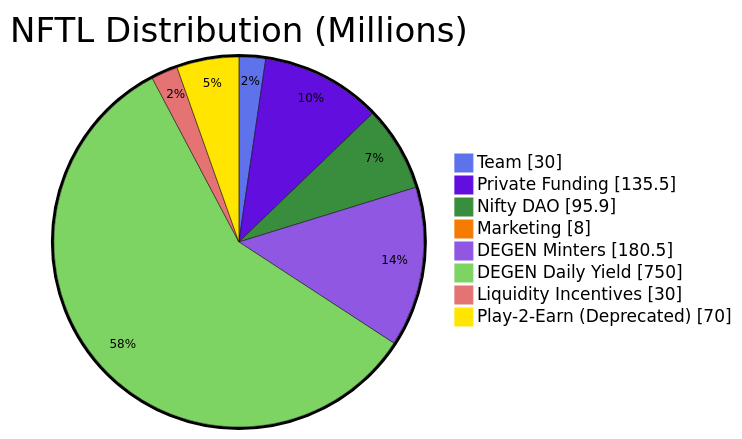
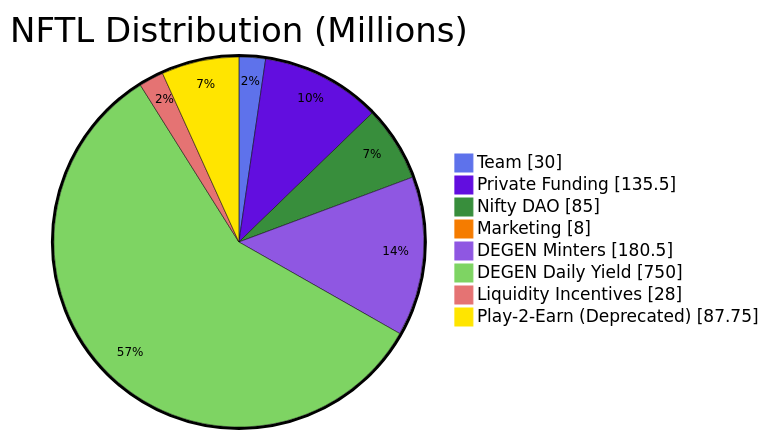
Before and after one commit to NiftyLeague/nifty-fe-monorepo: the diagram in apps/docs/docs/overview/nifty-dao/nftl/supply.md, drawn with Mermaid. The commit also changed other lines of this file and 63 other files, not shown here.

Commit message:
Remove old BalanceManager flow and prune code

````diff
--- a/apps/docs/docs/overview/nifty-dao/nftl/supply.md
+++ b/apps/docs/docs/overview/nifty-dao/nftl/supply.md
@@ -20,32 +20,32 @@
 ```mermaid
     %%{
         init: {
             "pie": { "textPosition": 0.85 },
             "themeVariables": {
                 "pieStrokeWidth": "0.5px",
                 "pieOuterStrokeWidth": "3px",
                 "pieTitleTextSize": "34px",
                 "pieSectionTextSize": "12px",
                 "pieSectionTextColor": "#000",
                 "pieOpacity": "1",
                 "pie1": "#5e72eb",
                 "pie2": "#620edf",
                 "pie3": "#388e3c",
                 "pie4": "#f57c00",
                 "pie5": "#8f57e2",
                 "pie6": "#7ed463",
                 "pie7": "#e57373",
                 "pie8": "#ffe500"
             }
         }
     }%%
     pie showData title NFTL Distribution (Millions)
         "Team" : 30
         "Private Funding" : 135.5
-        "Nifty DAO" : 95.9
+        "Nifty DAO" : 85
         "Marketing": 8
         "DEGEN Minters": 180.5
         "DEGEN Daily Yield": 750
-        "Liquidity Incentives": 30
-        "Play-2-Earn (Deprecated)": 70
+        "Liquidity Incentives": 28
+        "Play-2-Earn (Deprecated)": 87.75
 ```
````
